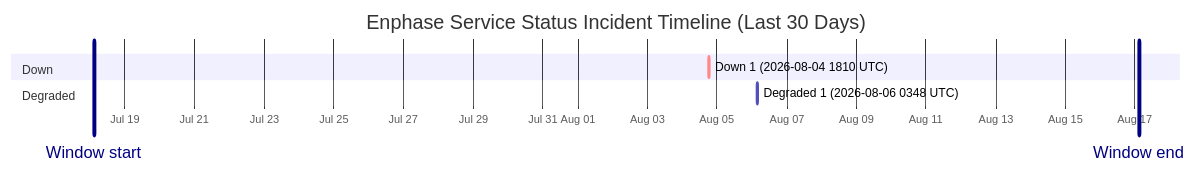
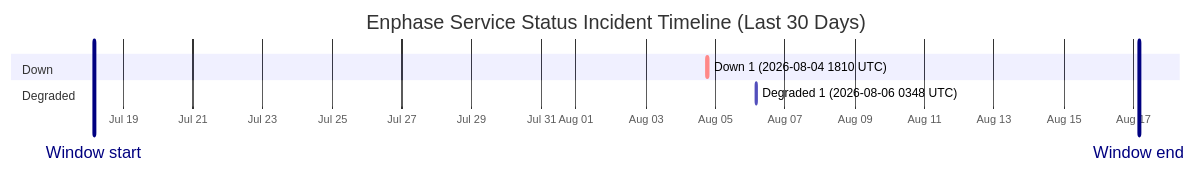
The diagram in wiki/Service-Status-History.md (barneyonline/ha-enphase-energy), drawn with Mermaid before and after one commit. The commit also changed other lines of this file and 3 other files, not shown here.

````diff
--- a/wiki/Service-Status-History.md
+++ b/wiki/Service-Status-History.md
@@ -14,12 +14,12 @@
 ```mermaid
 gantt
     title Enphase Service Status Incident Timeline (Last 30 Days)
     dateFormat  YYYY-MM-DDTHH:mm:ss
     axisFormat  %b %d
-    Window start :vert, window-start, 2026-07-18T02:40:08, 0ms
-    Window end :vert, window-end, 2026-08-17T02:40:08, 0ms
+    Window start :vert, window-start, 2026-07-18T03:48:02, 0ms
+    Window end :vert, window-end, 2026-08-17T03:48:02, 0ms
     section Down
     Down 1 (2026-08-04 1810 UTC) :crit, down-1, 2026-08-04T18:10:46, 60m
     section Degraded
     Degraded 1 (2026-08-06 0348 UTC) :active, degraded-1, 2026-08-06T03:48:14, 60m
 ```
````
